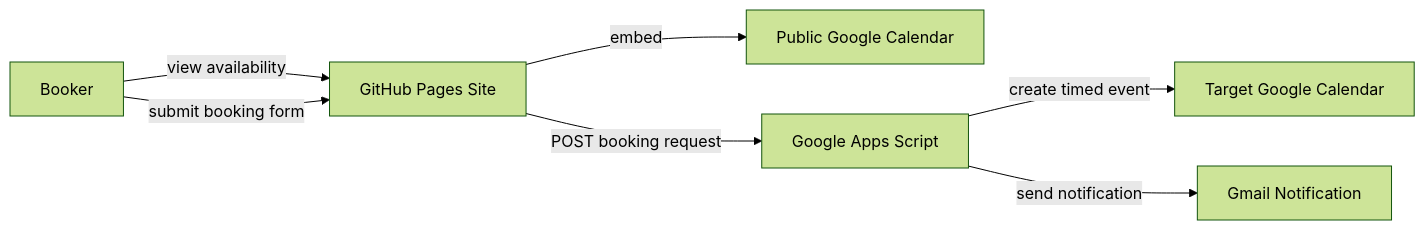
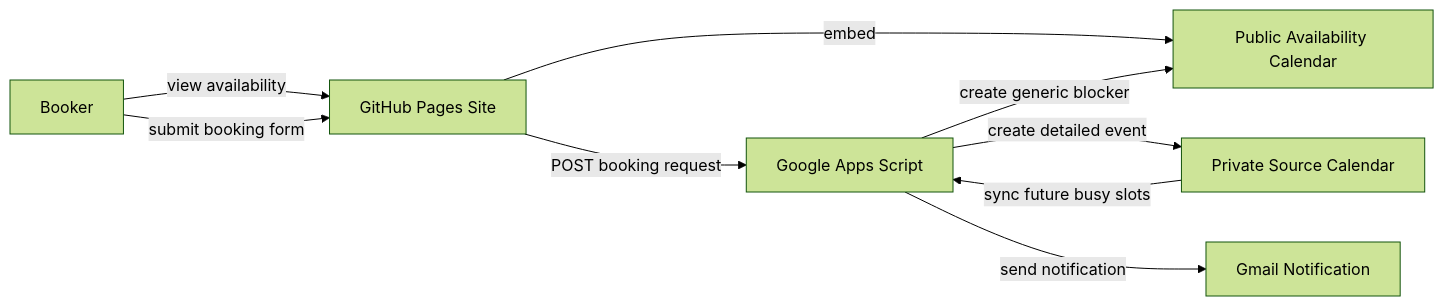
One commit to IsaacCavallaro/gig-booking changed the diagram in README.md. Above: the diagram before and after it, drawn with Mermaid (forest theme). The commit also changed other lines of this file and 1 other file, not shown here.

Commit message:
Sync public availability from private calendar

````diff
--- a/README.md
+++ b/README.md
@@ -68,16 +70,18 @@
 ```mermaid
 flowchart LR
     Booker[Booker]
     Site[GitHub Pages Site]
-    PublicCal[Public Google Calendar]
+    PublicCal[Public Availability Calendar]
+    PrivateCal[Private Source Calendar]
     Script[Google Apps Script]
-    TargetCal[Target Google Calendar]
     Email[Gmail Notification]
 
     Booker -->|view availability| Site
     Site -->|embed| PublicCal
     Booker -->|submit booking form| Site
     Site -->|POST booking request| Script
-    Script -->|create timed event| TargetCal
+    Script -->|create detailed event| PrivateCal
+    Script -->|create generic blocker| PublicCal
+    PrivateCal -->|sync future busy slots| Script
     Script -->|send notification| Email
 ```
````
